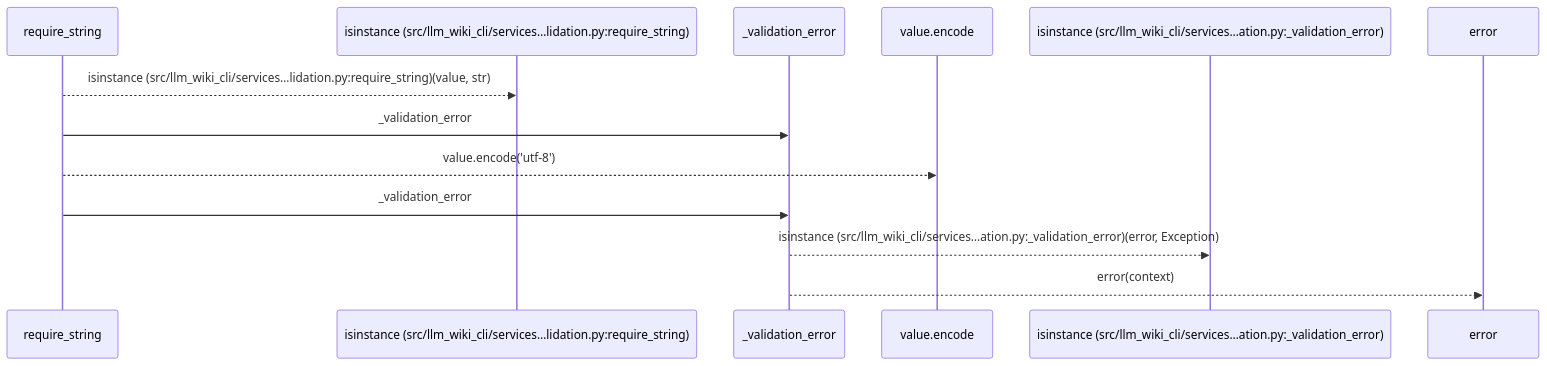
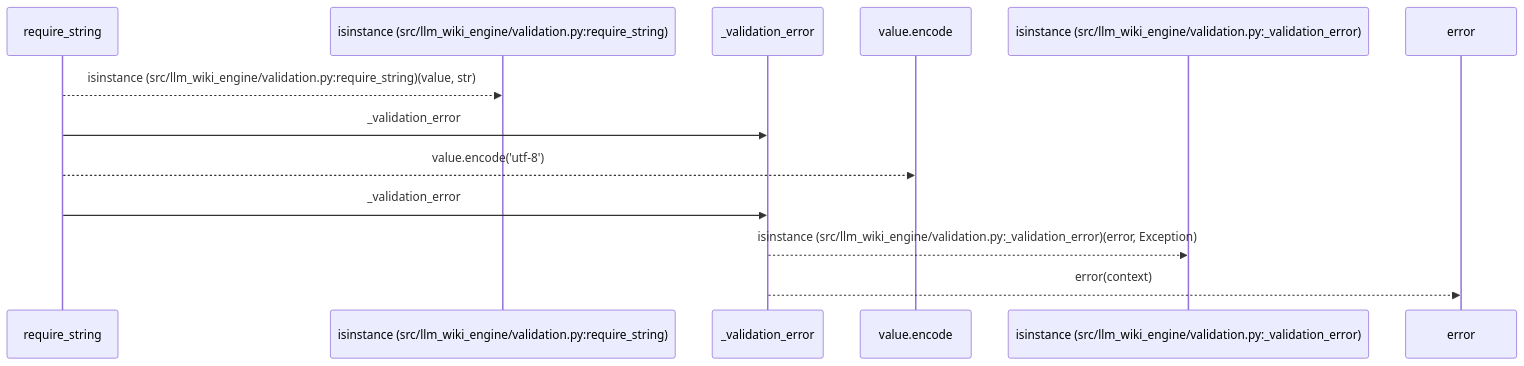
The first of 2 diagrams in docs/llm_wiki/flows/api-require_string.md (Denissvgn/python-wiki-llm), drawn with Mermaid before and after one commit. The commit also changed other lines of this file and 1103 other files, not shown here.

First line of the commit message:
docs: refresh the wiki for the llm-wiki-engine distribution

````diff
--- a/docs/llm_wiki/flows/api-require_string.md
+++ b/docs/llm_wiki/flows/api-require_string.md
@@ -12,15 +12,15 @@
 ```mermaid
 sequenceDiagram
     participant p0 as require_string
-    participant p1 as isinstance (src/llm_wiki_cli/services…lidation.py:require_string)
+    participant p1 as isinstance (src/llm_wiki_engine/validation.py:require_string)
     participant p2 as _validation_error
     participant p3 as value.encode
-    participant p4 as isinstance (src/llm_wiki_cli/services…ation.py:_validation_error)
+    participant p4 as isinstance (src/llm_wiki_engine/validation.py:_validation_error)
     participant p5 as error
-    p0-->>p1: isinstance (src/llm_wiki_cli/services…lidation.py:require_string)(value, str)
+    p0-->>p1: isinstance (src/llm_wiki_engine/validation.py:require_string)(value, str)
     p0->>p2: _validation_error
     p0-->>p3: value.encode('utf-8')
     p0->>p2: _validation_error
-    p2-->>p4: isinstance (src/llm_wiki_cli/services…ation.py:_validation_error)(error, Exception)
+    p2-->>p4: isinstance (src/llm_wiki_engine/validation.py:_validation_error)(error, Exception)
     p2-->>p5: error(context)
 ```
````
